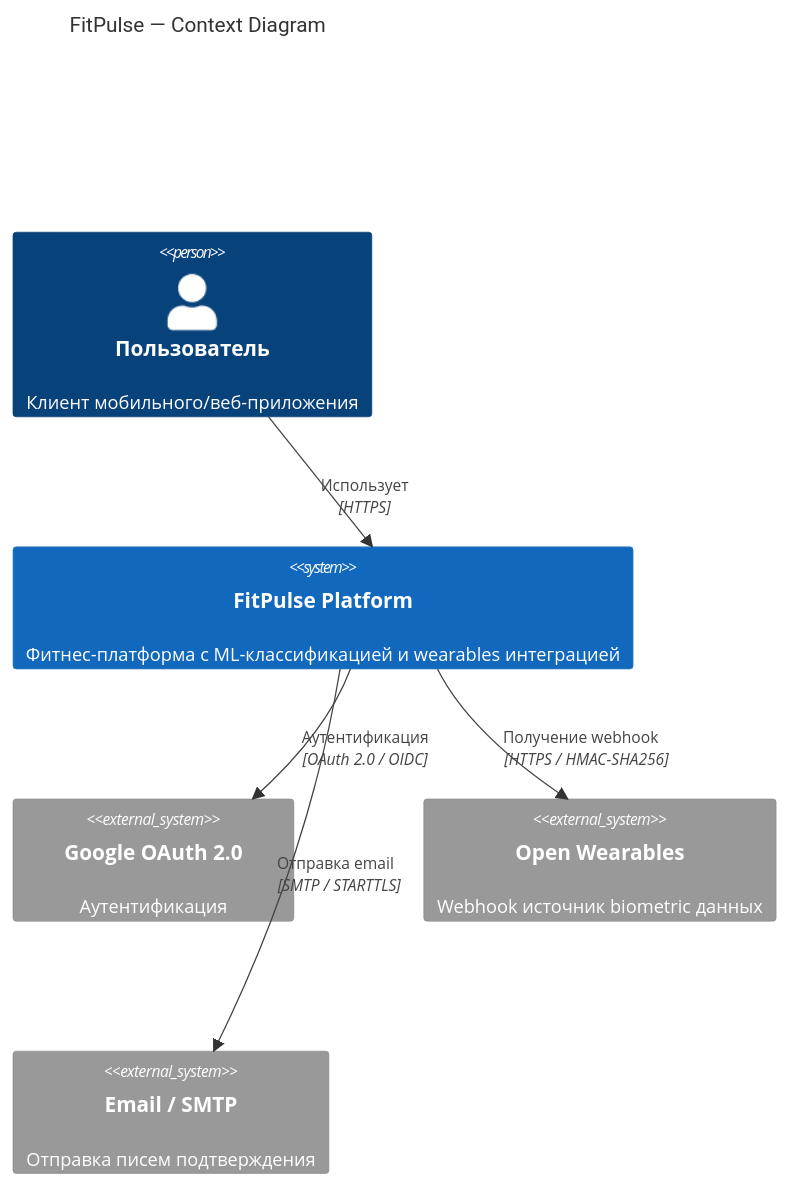
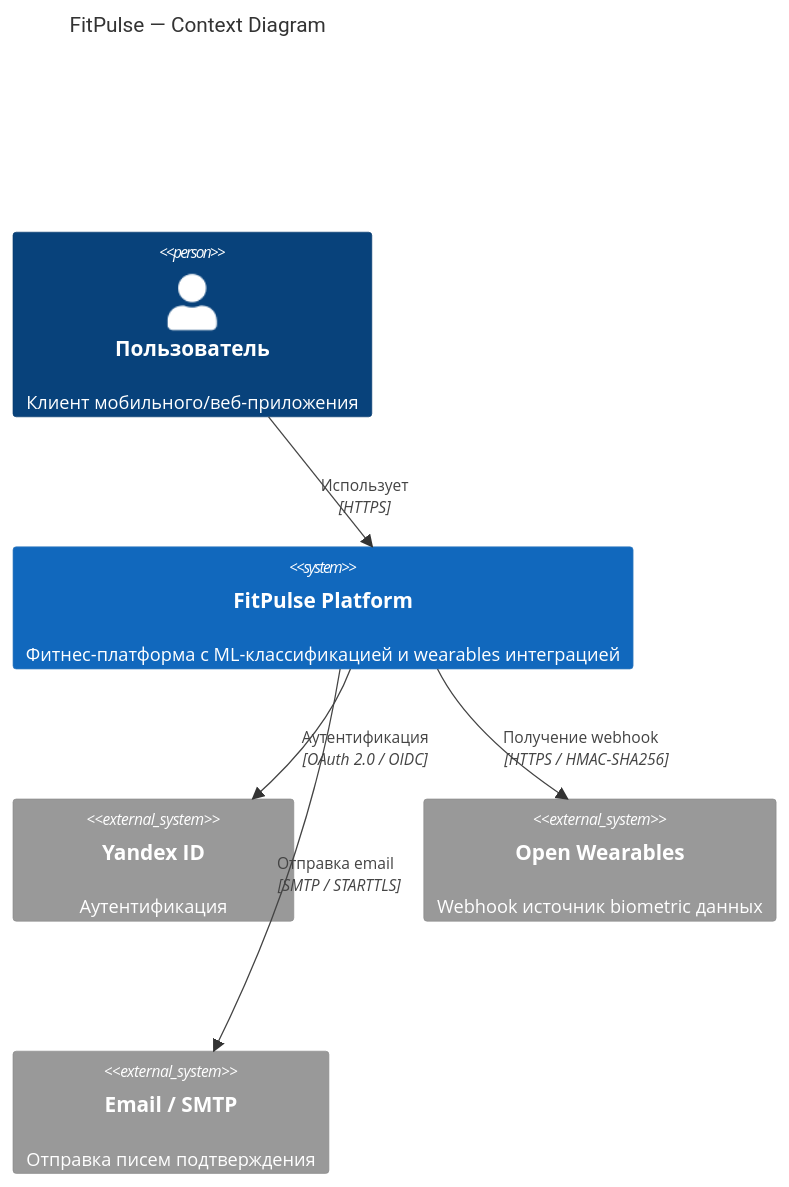
Before and after one commit to MAMUER/FitPulse: the first of 2 diagrams in docs/ARCHITECTURE.md, drawn with Mermaid. The commit also changed other lines of this file and 88 other files, not shown here.

First line of the commit message:
feat(auth): переход с Google OAuth на Yandex ID и обновление домена

````diff
--- a/docs/ARCHITECTURE.md
+++ b/docs/ARCHITECTURE.md
@@ -109,17 +110,17 @@
 ```mermaid
 C4Context
     title FitPulse — Context Diagram
 
     Person(user, "Пользователь", "Клиент мобильного/веб-приложения")
 
     System(fitpulse, "FitPulse Platform", "Фитнес-платформа с ML-классификацией и wearables интеграцией")
 
-    System_Ext(google_oauth, "Google OAuth 2.0", "Аутентификация")
+    System_Ext(yandex_id, "Yandex ID", "Аутентификация")
     System_Ext(open_wearables, "Open Wearables", "Webhook источник biometric данных")
     System_Ext(email_smtp, "Email / SMTP", "Отправка писем подтверждения")
 
     Rel(user, fitpulse, "Использует", "HTTPS")
-    Rel(fitpulse, google_oauth, "Аутентификация", "OAuth 2.0 / OIDC")
+    Rel(fitpulse, yandex_id, "Аутентификация", "OAuth 2.0 / OIDC")
     Rel(fitpulse, open_wearables, "Получение webhook", "HTTPS / HMAC-SHA256")
     Rel(fitpulse, email_smtp, "Отправка email", "SMTP / STARTTLS")
 ```
````
